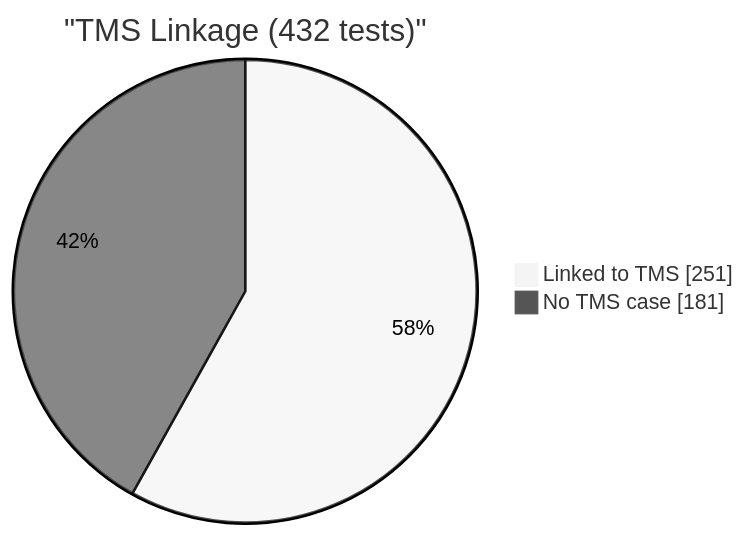
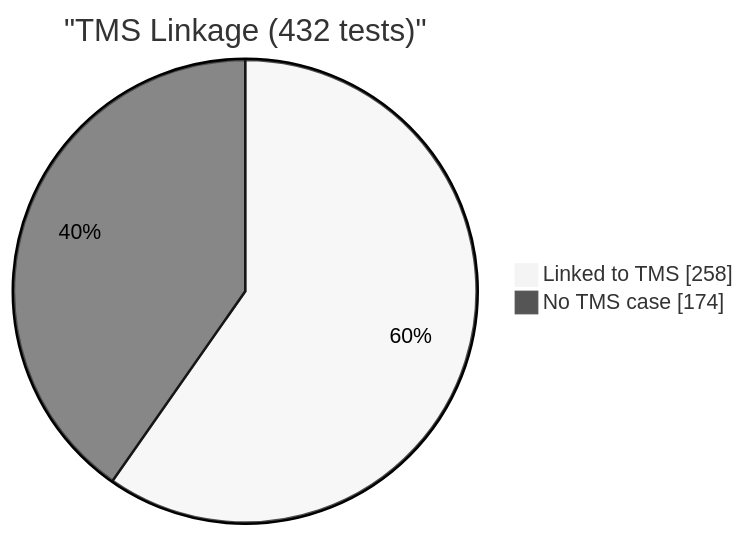
The fourth of 4 diagrams in reports/dashboard.md (EliteaAI/onetest-ai-tm-Elitea), drawn with Mermaid (neutral theme) before and after one commit. The commit also changed other lines of this file and 1 other file, not shown here.

````diff
--- a/reports/dashboard.md
+++ b/reports/dashboard.md
@@ -77,6 +77,6 @@
 ```mermaid
 pie showData
     title "TMS Linkage (432 tests)"
-    "Linked to TMS" : 251
-    "No TMS case" : 181
+    "Linked to TMS" : 258
+    "No TMS case" : 174
 ```
````
